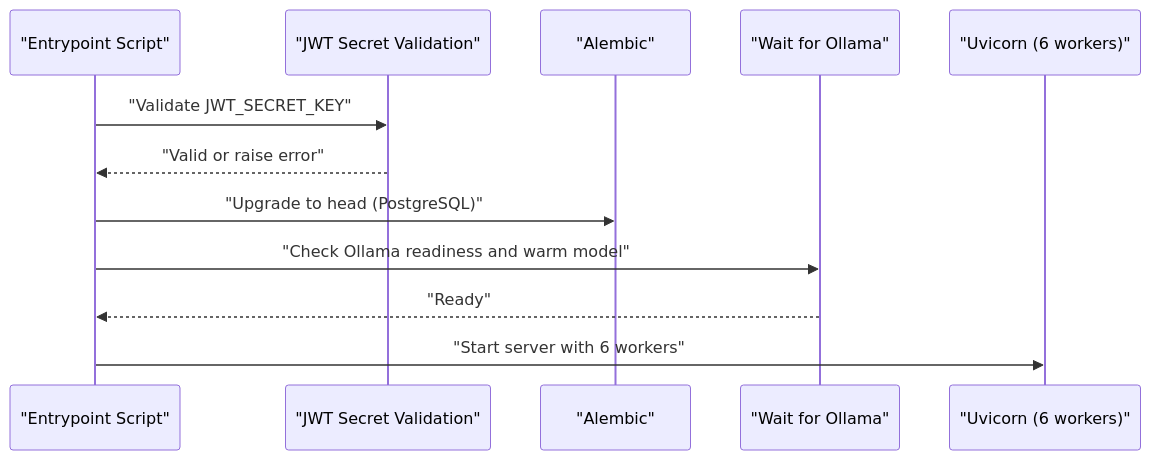
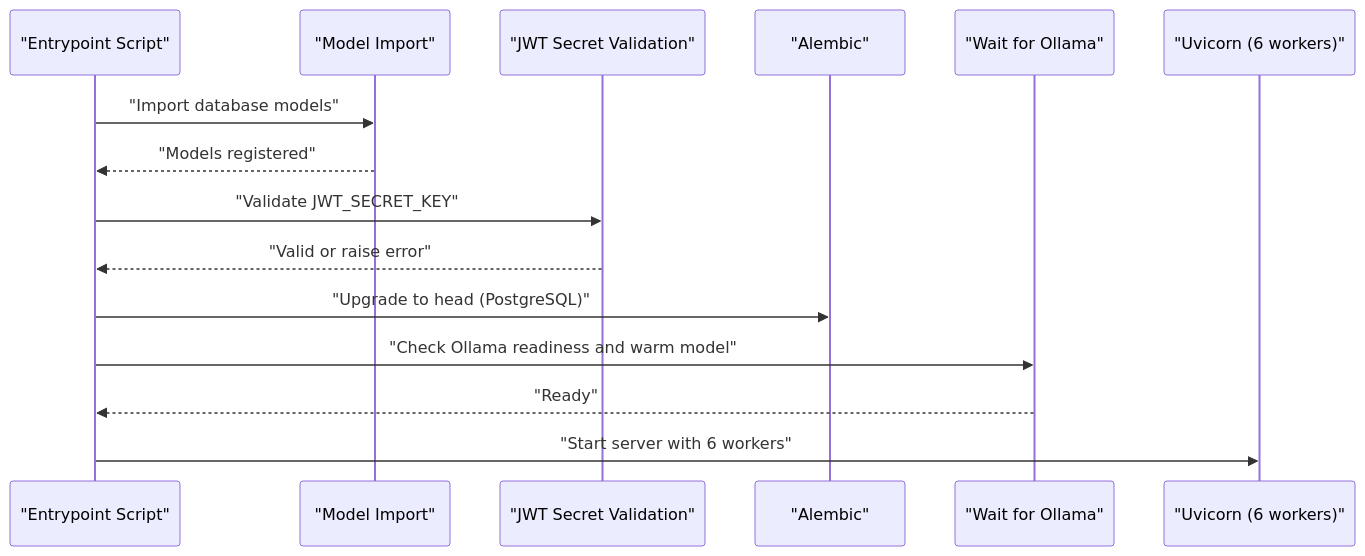
Before and after one commit to Revanththetalogics/aireume: the third of 5 diagrams in .qoder/repowiki/en/content/Deployment & DevOps/Production Deployment.md, drawn with Mermaid. The commit also changed other lines of this file and 58 other files, not shown here.

````diff
--- a/.qoder/repowiki/en/content/Deployment & DevOps/Production Deployment.md
+++ b/.qoder/repowiki/en/content/Deployment & DevOps/Production Deployment.md
@@ -211,14 +297,17 @@
 ```mermaid
 sequenceDiagram
 participant Entrypoint as "Entrypoint Script"
+participant ModelImport as "Model Import"
 participant JWTCheck as "JWT Secret Validation"
 participant Alembic as "Alembic"
 participant Wait as "Wait for Ollama"
 participant Uvicorn as "Uvicorn (6 workers)"
+Entrypoint->>ModelImport : "Import database models"
+ModelImport-->>Entrypoint : "Models registered"
 Entrypoint->>JWTCheck : "Validate JWT_SECRET_KEY"
 JWTCheck-->>Entrypoint : "Valid or raise error"
 Entrypoint->>Alembic : "Upgrade to head (PostgreSQL)"
 Entrypoint->>Wait : "Check Ollama readiness and warm model"
 Wait-->>Entrypoint : "Ready"
 Entrypoint->>Uvicorn : "Start server with 6 workers"
 ```
````
